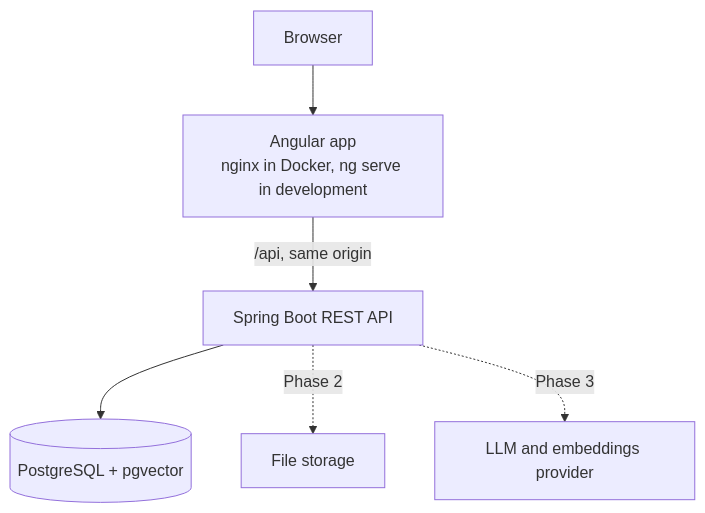
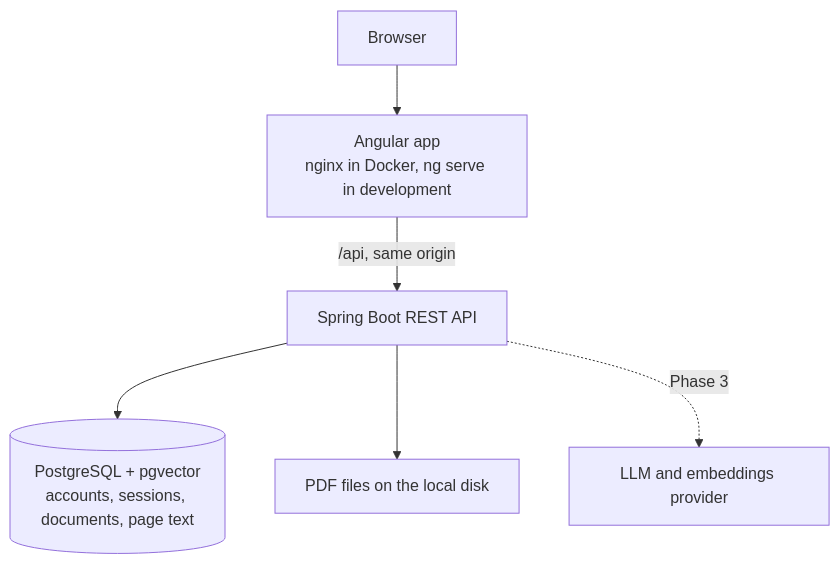
One commit to Jorge-Matheus/doc-chat-ai changed the diagram in README.md. Above: the diagram before and after it, drawn with Mermaid. The commit also changed other lines of this file and 85 other files, not shown here.

First line of the commit message:
Add accounts and PDF upload with text extraction (Phase 2)

````diff
--- a/README.md
+++ b/README.md
@@ -28,8 +30,8 @@
 ```mermaid
 flowchart TD
     Browser[Browser] --> Web["Angular app<br/>nginx in Docker, ng serve in development"]
     Web -->|"/api, same origin"| API["Spring Boot REST API"]
-    API --> DB[("PostgreSQL + pgvector")]
-    API -. Phase 2 .-> Files["File storage"]
+    API --> DB[("PostgreSQL + pgvector<br/>accounts, sessions, documents, page text")]
+    API --> Files["PDF files on the local disk"]
     API -. Phase 3 .-> AI["LLM and embeddings provider"]
 ```
````
